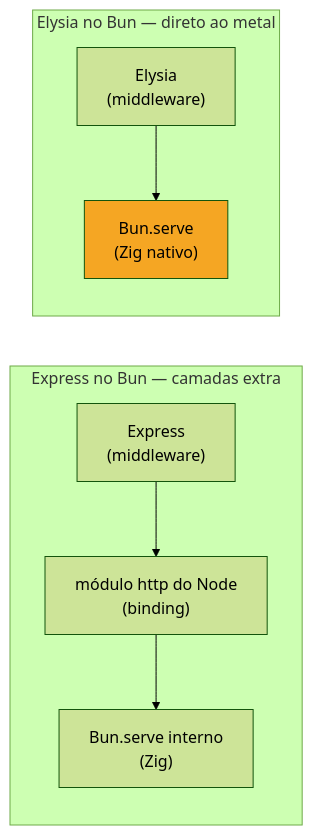
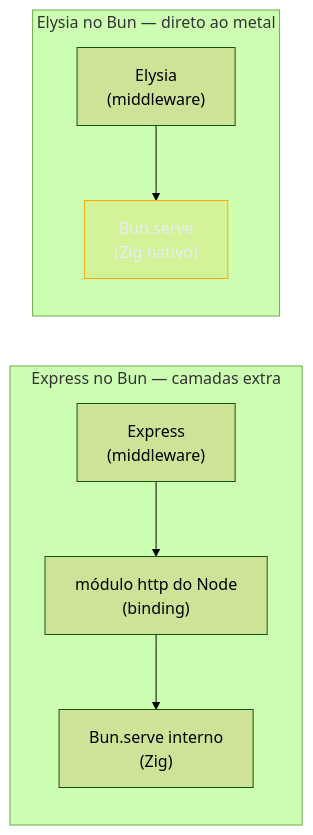
The fifth of 8 diagrams in 03-Dominios/Tecnologia/Tooling e Build/20 - Bun como runtime e toolkit all-in-one.md (josenaldo/codex-technomanticus), drawn with Mermaid (forest theme) before and after one commit. The commit also changed other lines of this file and 1181 other files, not shown here.

First line of the commit message:
fix(diagramas): paleta do sistema no lugar de cor cravada no markdown

````diff
--- a/03-Dominios/Tecnologia/Tooling e Build/20 - Bun como runtime e toolkit all-in-one.md
+++ b/03-Dominios/Tecnologia/Tooling e Build/20 - Bun como runtime e toolkit all-in-one.md
@@ -714,17 +715,18 @@
 ```mermaid
 graph LR
+    classDef destaque fill:#FFAA0024,stroke:#FFAA00,color:#E9ECF2
     subgraph "Express no Bun — camadas extra"
         EXP["Express\n(middleware)"]
         HTTP_MOD["módulo http do Node\n(binding)"]
         BUNSERVE1["Bun.serve interno\n(Zig)"]
         EXP --> HTTP_MOD --> BUNSERVE1
     end
 
     subgraph "Elysia no Bun — direto ao metal"
         ELY["Elysia\n(middleware)"]
         BUNSERVE2["Bun.serve\n(Zig nativo)"]
         ELY --> BUNSERVE2
     end
 
-    style BUNSERVE2 fill:#f5a623,color:#000
+    class BUNSERVE2 destaque
 ```
````
